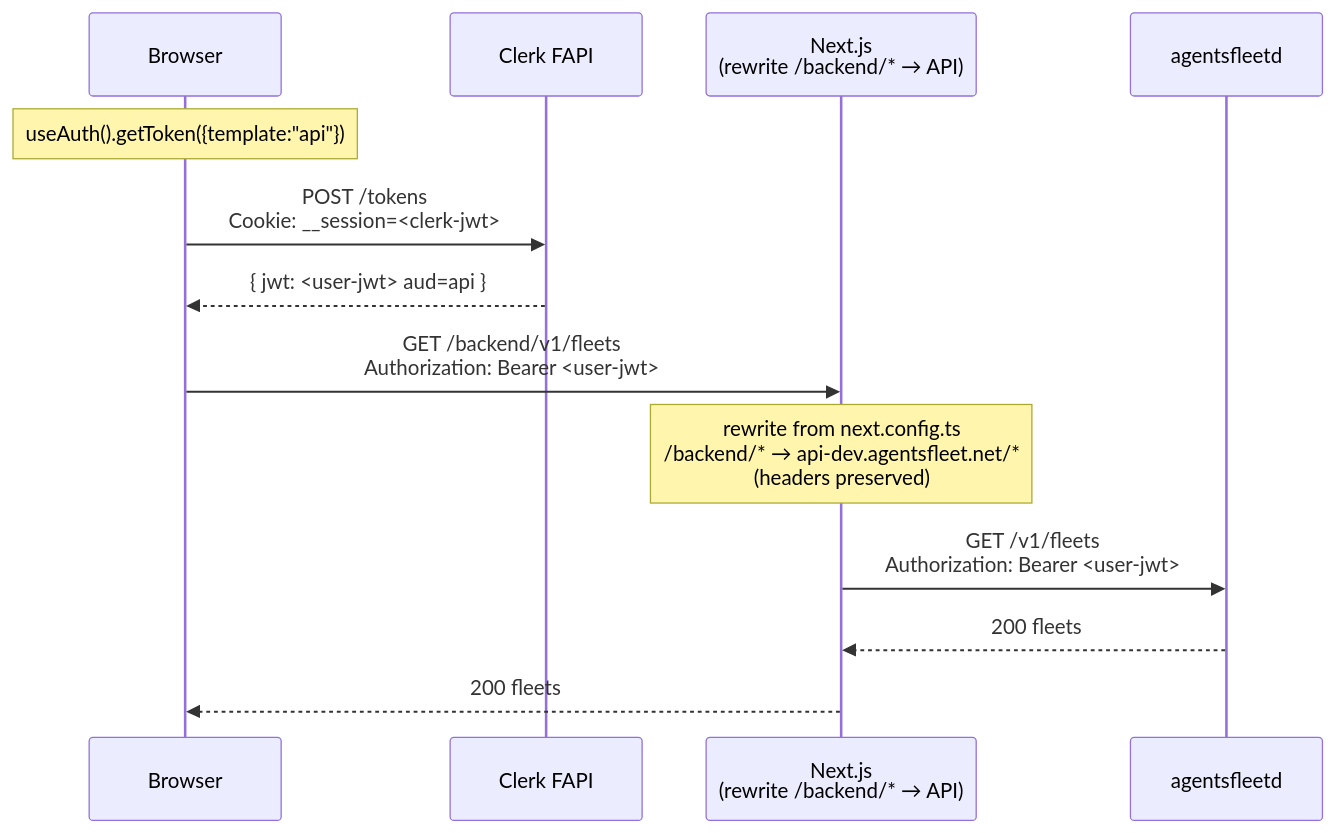
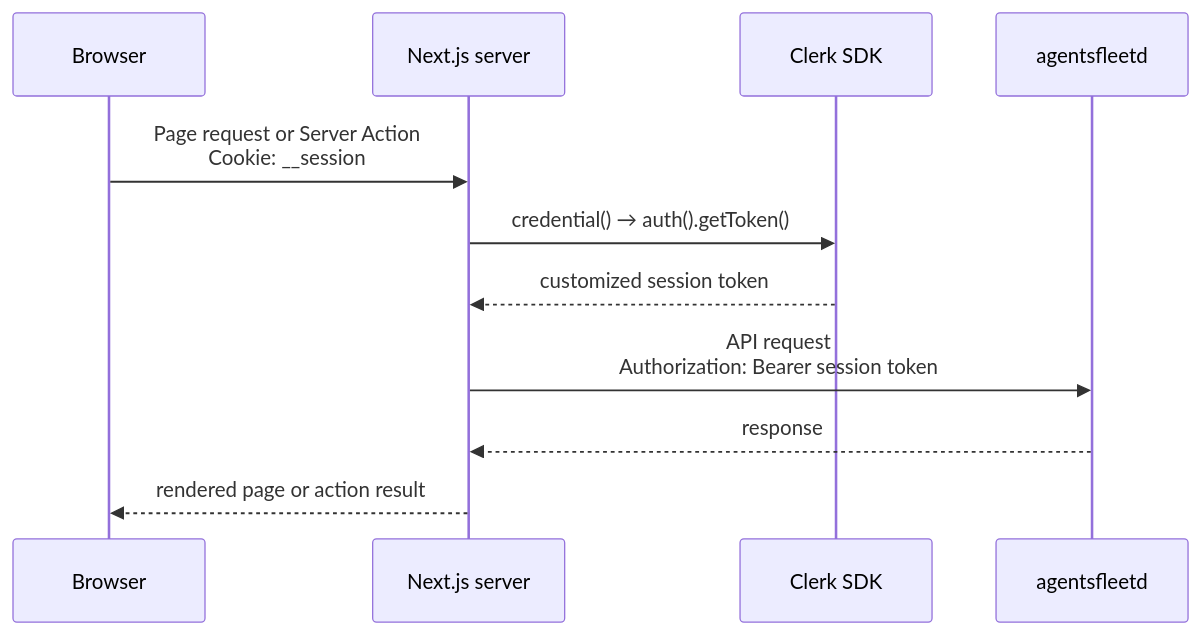
The second of 6 diagrams in docs/AUTH.md (agentsfleet/agentsfleet), drawn with Mermaid before and after one commit. The commit also changed other lines of this file and 458 other files, not shown here.

````diff
--- a/docs/AUTH.md
+++ b/docs/AUTH.md
@@ -543,17 +534,14 @@
 ```mermaid
 sequenceDiagram
     participant Browser
-    participant Clerk as Clerk FAPI
-    participant Next as Next.js<br/>(rewrite /backend/* → API)
+    participant Next as Next.js server
+    participant Clerk as Clerk SDK
     participant API as agentsfleetd
 
-    Note over Browser: useAuth().getToken({template:"api"})
-    Browser->>Clerk: POST /tokens<br/>Cookie: __session=<clerk-jwt>
-    Clerk-->>Browser: { jwt: <user-jwt> aud=api }
-
-    Browser->>Next: GET /backend/v1/fleets<br/>Authorization: Bearer <user-jwt>
-    Note over Next: rewrite from next.config.ts<br/>/backend/* → api-dev.agentsfleet.net/*<br/>(headers preserved)
-    Next->>API: GET /v1/fleets<br/>Authorization: Bearer <user-jwt>
-    API-->>Next: 200 fleets
-    Next-->>Browser: 200 fleets
+    Browser->>Next: Page request or Server Action<br/>Cookie: __session
+    Next->>Clerk: credential() → auth().getToken()
+    Clerk-->>Next: customized session token
+    Next->>API: API request<br/>Authorization: Bearer session token
+    API-->>Next: response
+    Next-->>Browser: rendered page or action result
 ```
````
